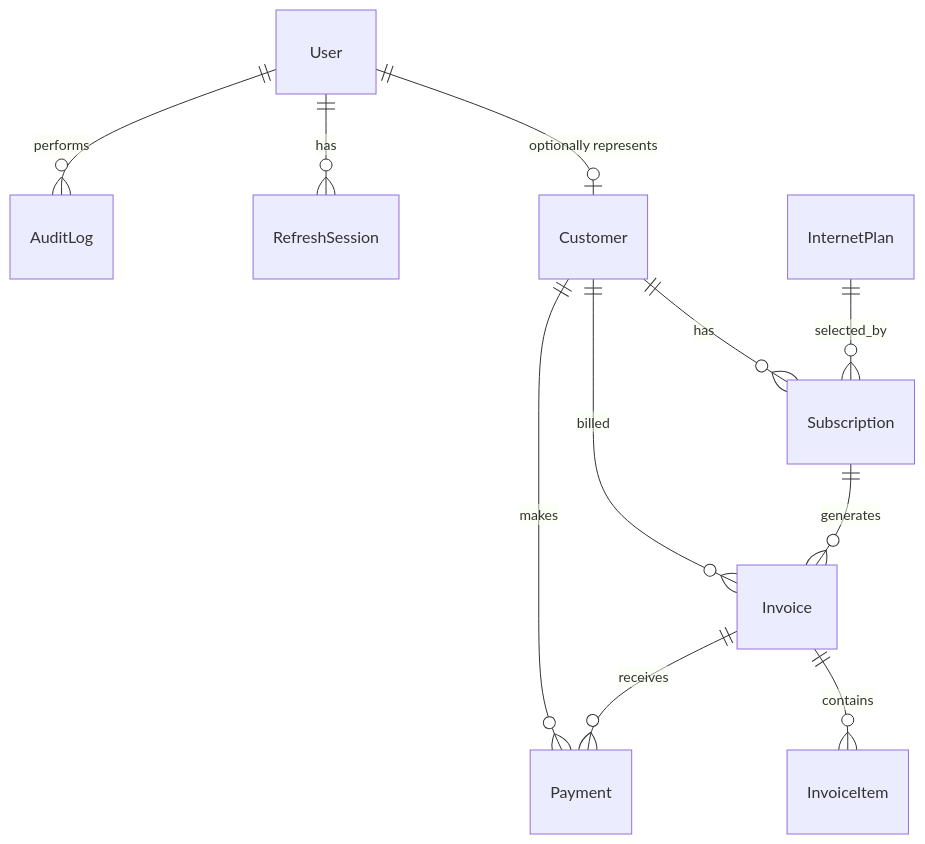
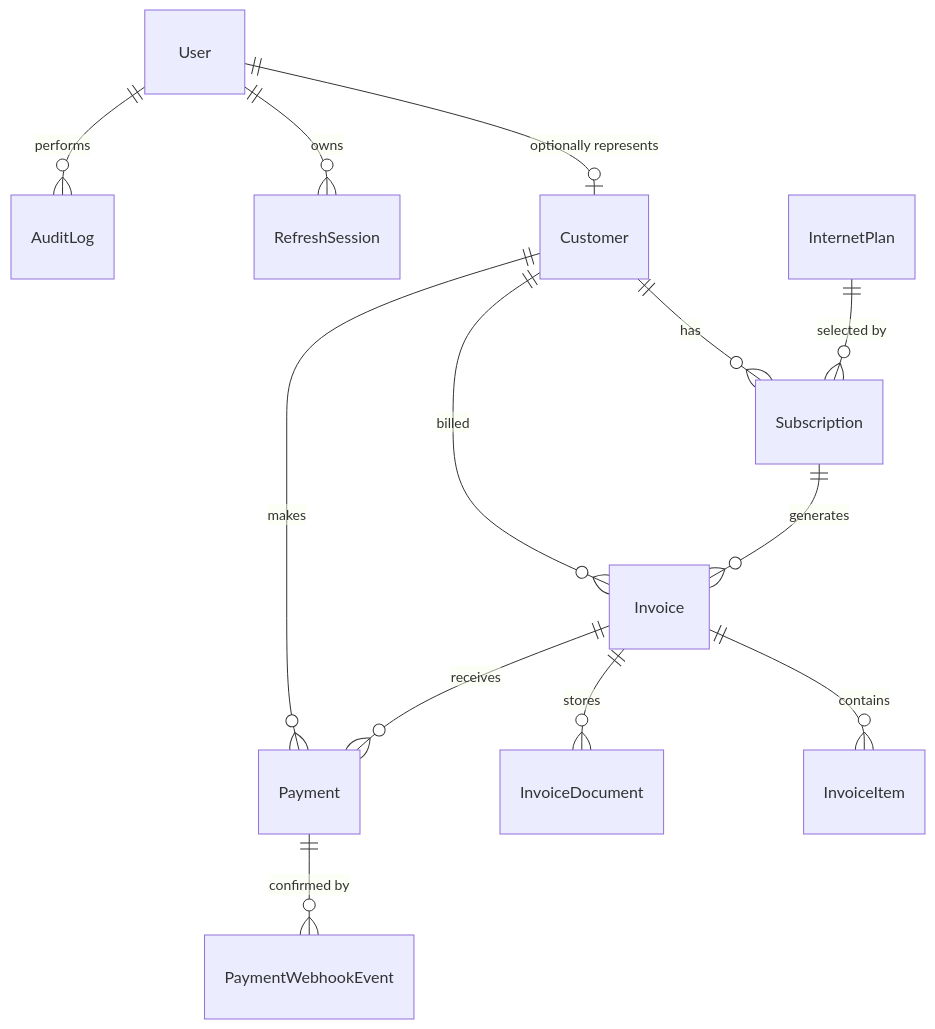
One commit to Sheyshya11/mero-telecom changed the diagram in docs/database/erd.md. Above: the diagram before and after it, drawn with Mermaid. The commit also changed other lines of this file and 66 other files, not shown here.

````diff
--- a/docs/database/erd.md
+++ b/docs/database/erd.md
@@ -6,13 +7,15 @@
 ```mermaid
 erDiagram
   User ||--o| Customer : "optionally represents"
-  User ||--o{ RefreshSession : has
-  User ||--o{ AuditLog : performs
-  Customer ||--o{ Subscription : has
-  InternetPlan ||--o{ Subscription : selected_by
-  Customer ||--o{ Invoice : billed
-  Subscription ||--o{ Invoice : generates
-  Invoice ||--o{ InvoiceItem : contains
-  Invoice ||--o{ Payment : receives
-  Customer ||--o{ Payment : makes
+  User ||--o{ RefreshSession : "owns"
+  User ||--o{ AuditLog : "performs"
+  Customer ||--o{ Subscription : "has"
+  InternetPlan ||--o{ Subscription : "selected by"
+  Customer ||--o{ Invoice : "billed"
+  Subscription ||--o{ Invoice : "generates"
+  Invoice ||--o{ InvoiceItem : "contains"
+  Invoice ||--o{ InvoiceDocument : "stores"
+  Invoice ||--o{ Payment : "receives"
+  Customer ||--o{ Payment : "makes"
+  Payment ||--o{ PaymentWebhookEvent : "confirmed by"
 ```
````
